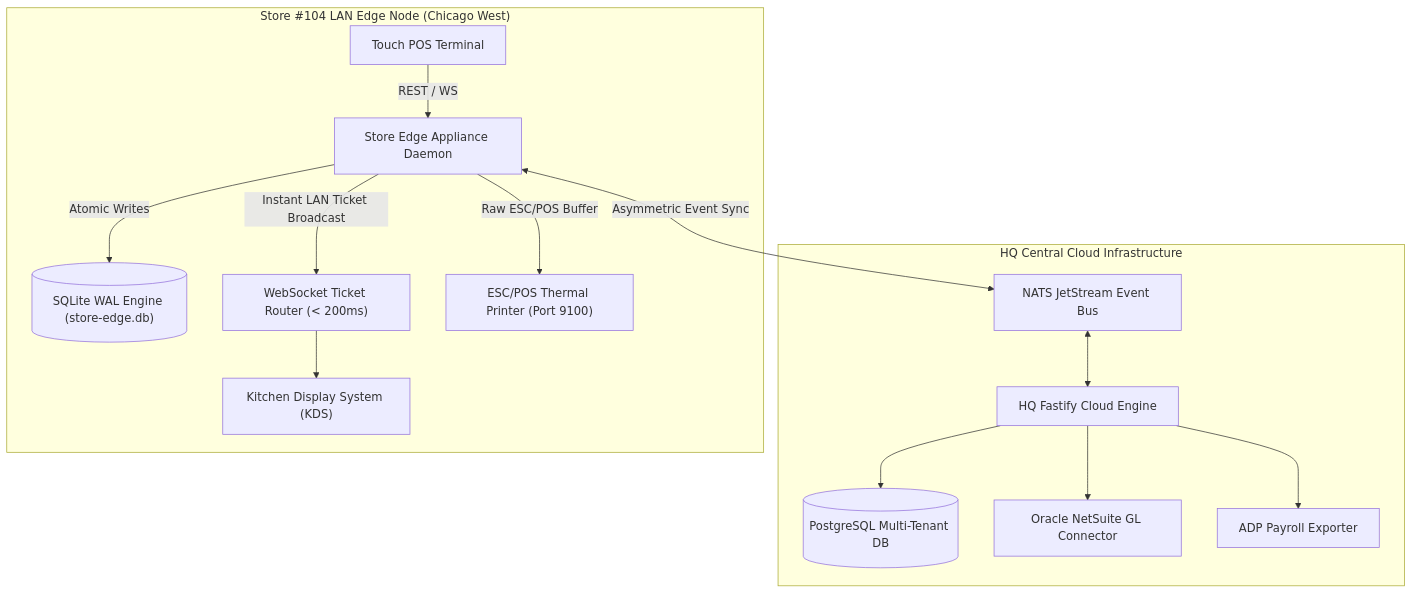
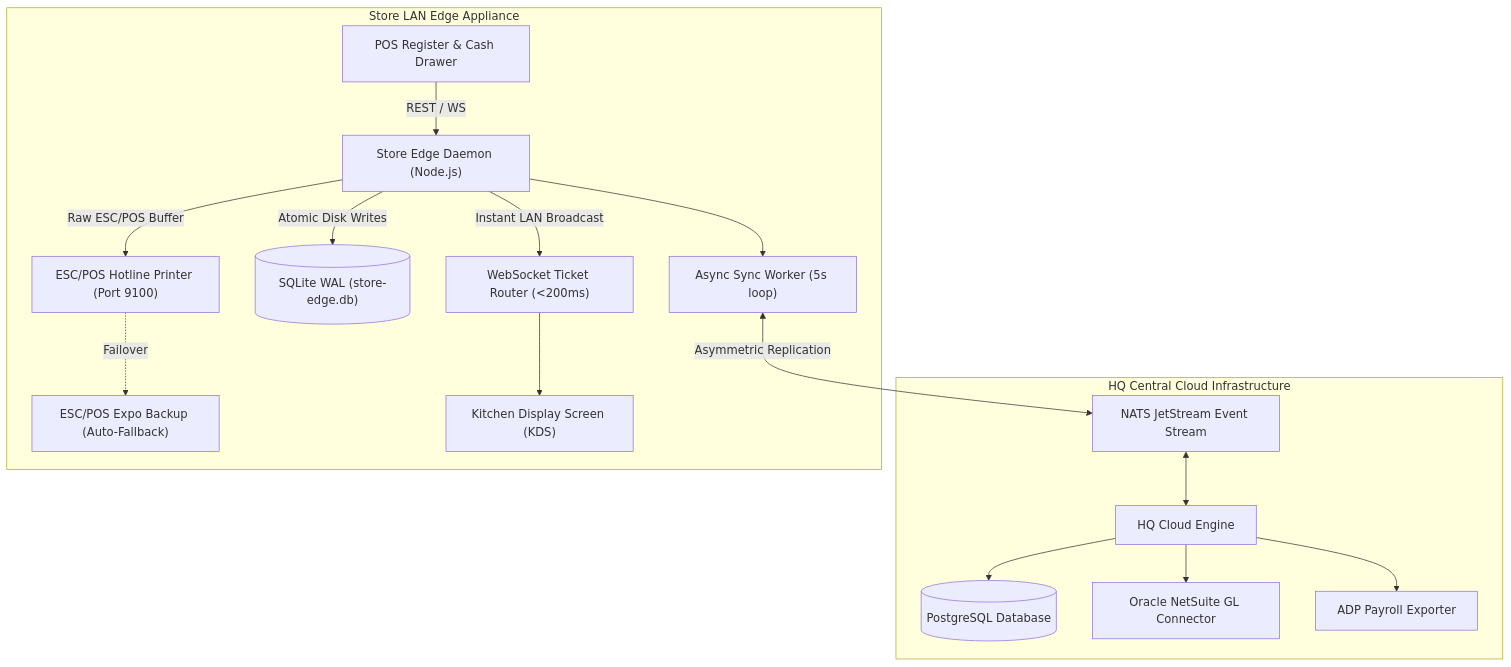
Before and after one commit to Alokkr00/Restaurant-Management-system: the diagram in ARCHITECTURE.md, drawn with Mermaid. The commit also changed other lines of this file and 26 other files, not shown here.

````diff
--- a/ARCHITECTURE.md
+++ b/ARCHITECTURE.md
@@ -9,28 +9,32 @@
 ```mermaid
 flowchart TD
     subgraph Cloud["HQ Central Cloud Infrastructure"]
-        HQ_API["HQ Fastify Cloud Engine"]
-        HQ_DB[("PostgreSQL Multi-Tenant DB")]
-        NATS["NATS JetStream Event Bus"]
+        HQ_API["HQ Cloud Engine"]
+        HQ_DB[("PostgreSQL Database")]
+        NATS["NATS JetStream Event Stream"]
         NS_INT["Oracle NetSuite GL Connector"]
         ADP_INT["ADP Payroll Exporter"]
     end
 
-    subgraph Store104["Store #104 LAN Edge Node (Chicago West)"]
-        EDGE_DAEMON["Store Edge Appliance Daemon"]
-        SQLITE_WAL[("SQLite WAL Engine (store-edge.db)")]
-        WS_LAN["WebSocket Ticket Router (< 200ms)"]
-        ESC_PRINT["ESC/POS Thermal Printer (Port 9100)"]
-        POS_TERM["Touch POS Terminal"]
-        KDS_SCREEN["Kitchen Display System (KDS)"]
+    subgraph Store104["Store LAN Edge Appliance"]
+        EDGE_DAEMON["Store Edge Daemon (Node.js)"]
+        SYNC_WORKER["Async Sync Worker (5s loop)"]
+        SQLITE_WAL[("SQLite WAL (store-edge.db)")]
+        WS_LAN["WebSocket Ticket Router (<200ms)"]
+        ESC_PRINT["ESC/POS Hotline Printer (Port 9100)"]
+        ESC_EXPO["ESC/POS Expo Backup (Auto-Fallback)"]
+        POS_TERM["POS Register & Cash Drawer"]
+        KDS_SCREEN["Kitchen Display Screen (KDS)"]
     end
 
     POS_TERM -->|REST / WS| EDGE_DAEMON
-    EDGE_DAEMON -->|Atomic Writes| SQLITE_WAL
-    EDGE_DAEMON -->|Instant LAN Ticket Broadcast| WS_LAN --> KDS_SCREEN
+    EDGE_DAEMON -->|Atomic Disk Writes| SQLITE_WAL
+    EDGE_DAEMON -->|Instant LAN Broadcast| WS_LAN --> KDS_SCREEN
     EDGE_DAEMON -->|Raw ESC/POS Buffer| ESC_PRINT
-    EDGE_DAEMON <-->|Asymmetric Event Sync| NATS <--> HQ_API
+    ESC_PRINT -.->|Failover| ESC_EXPO
+    EDGE_DAEMON --> SYNC_WORKER
+    SYNC_WORKER <-->|Asymmetric Replication| NATS <--> HQ_API
     HQ_API --> HQ_DB
     HQ_API --> NS_INT
     HQ_API --> ADP_INT
 ```
````
